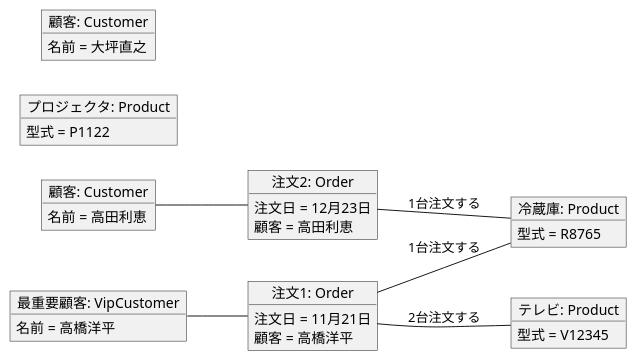
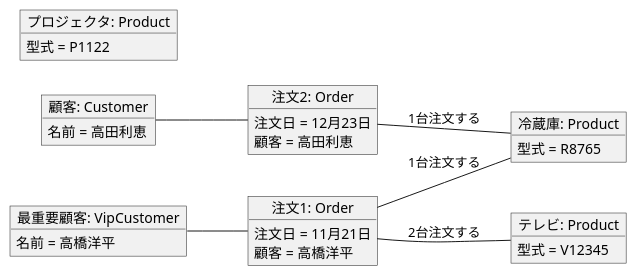
The diagram in 演習3-7_OBJ__注文のオブジェクト図.pu (marute0215/uml-introduction), drawn with PlantUML before and after one commit.

Commit message:
修正

```diff
--- a/演習3-7_OBJ__注文のオブジェクト図.pu
+++ b/演習3-7_OBJ__注文のオブジェクト図.pu
@@ -1,35 +1,32 @@
 @startuml 7_OBJ_注文のオブジェクト図
 left to right direction
 object "注文1: Order" as order1 {
     注文日 = 11月21日
     顧客 = 高橋洋平
 }
 object "注文2: Order" as order2 {
     注文日 = 12月23日
     顧客 = 高田利恵
 }
 object "テレビ: Product" as tv {
     型式 = V12345
 }
 object "冷蔵庫: Product" as fridge {
     型式 = R8765
 }
 object "プロジェクタ: Product" as projector {
     型式 = P1122
 }
 object "最重要顧客: VipCustomer" as vipcustomer {
     名前 = 高橋洋平
 }
 object "顧客: Customer" as customer1 {
     名前 = 高田利恵
 }
-object "顧客: Customer" as customer2 {
-    名前 = 大坪直之
-}
 
 vipcustomer -- order1
 customer1 -- order2
 order1 -- tv :2台注文する
 order1 -- fridge :1台注文する
 order2 -- fridge :1台注文する
 @enduml
```
